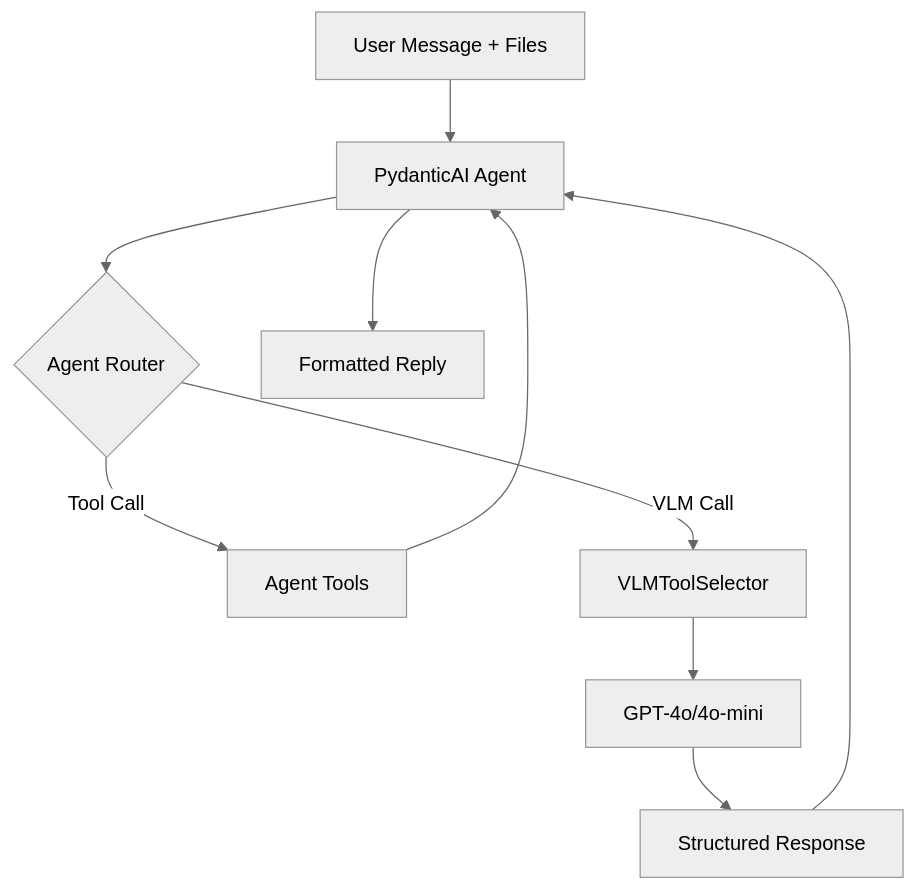
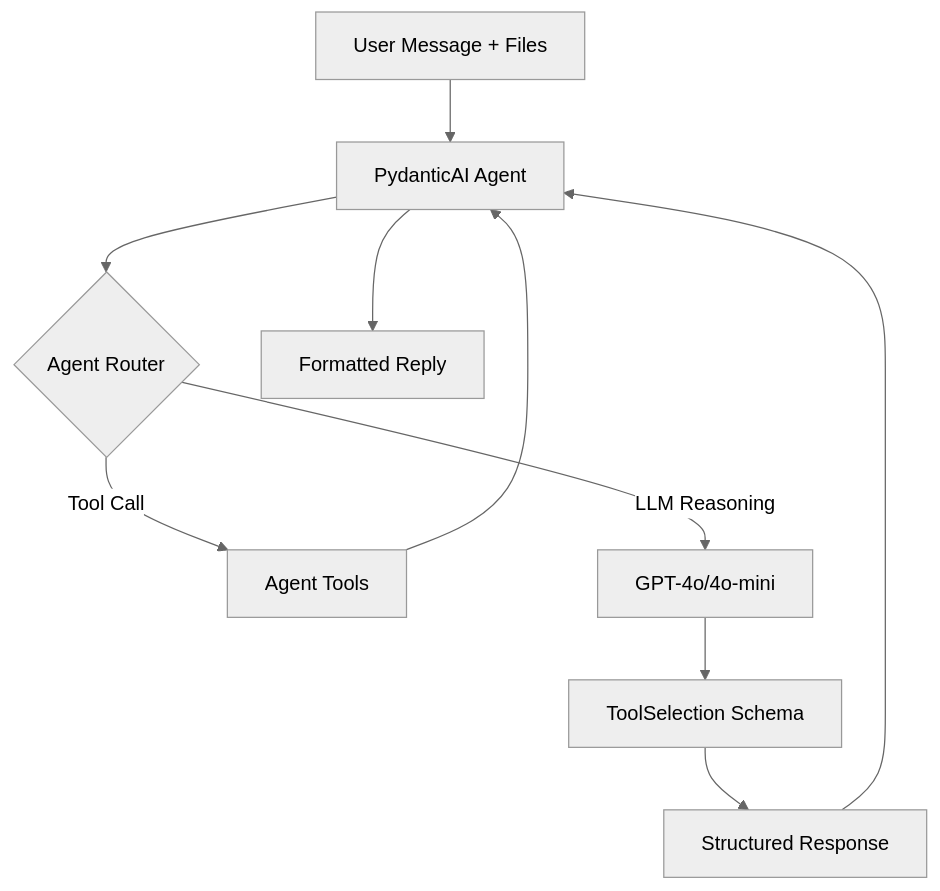
The diagram in docs/architecture/agent.md (Imaging-Plaza/ai-agent), drawn with Mermaid (neutral theme) before and after one commit. The commit also changed other lines of this file, not shown here.

Commit message:
docs: update agent.md to reflect real code paths (fix VLMToolSelector references)

````diff
--- a/docs/architecture/agent.md
+++ b/docs/architecture/agent.md
@@ -19,12 +19,12 @@
 ```mermaid
 graph TB
     A[User Message + Files] --> B[PydanticAI Agent]
     B --> C{Agent Router}
     C -->|Tool Call| D[Agent Tools]
-    C -->|VLM Call| E[VLMToolSelector]
+    C -->|LLM Reasoning| E[GPT-4o/4o-mini]
     D --> B
-    E --> F[GPT-4o/4o-mini]
+    E --> F[ToolSelection Schema]
     F --> G[Structured Response]
     G --> B
     B --> H[Formatted Reply]
 ```
````
